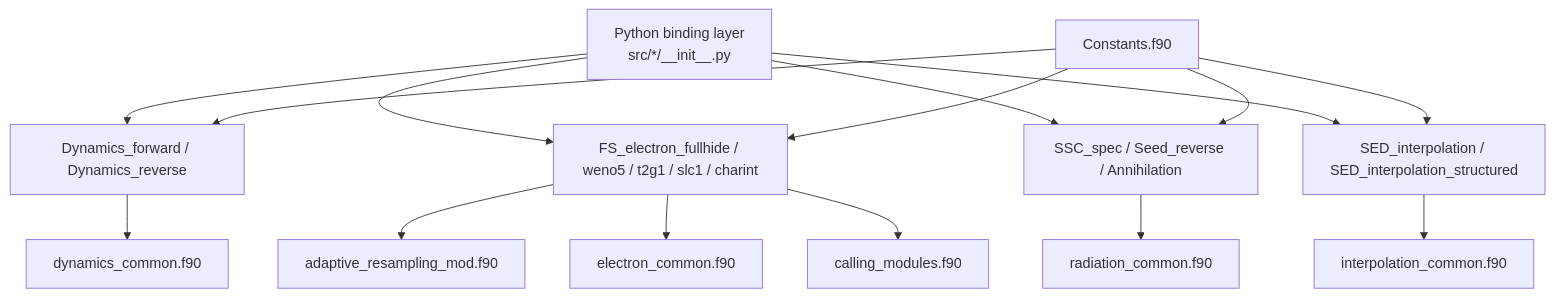
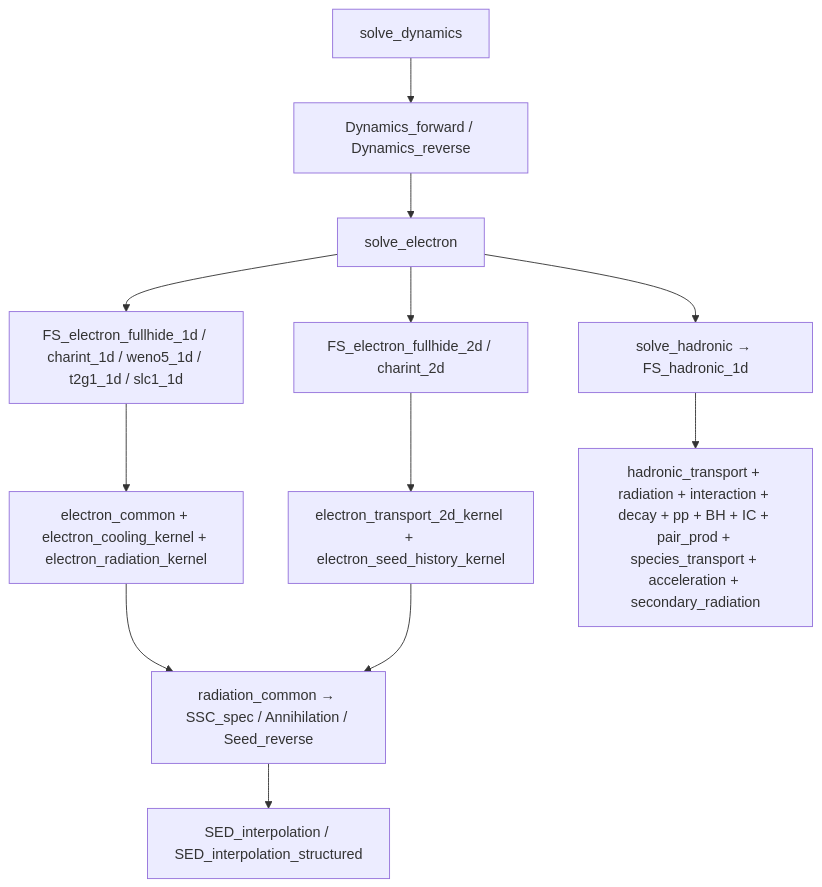
One commit to mikuru1096/ASGARD_GRBAfterglow changed the second of 2 diagrams in doc/call_chain.md. Above: the diagram before and after it, drawn with Mermaid. The commit also changed other lines of this file and 45 other files, not shown here.

````diff
--- a/doc/call_chain.md
+++ b/doc/call_chain.md
@@ -75,19 +29,14 @@
 ```mermaid
 flowchart TD
-    A["Python binding layer\nsrc/*/__init__.py"] --> B["Dynamics_forward / Dynamics_reverse"]
-    A --> C["FS_electron_fullhide / weno5 / t2g1 / slc1 / charint"]
-    A --> D["SSC_spec / Seed_reverse / Annihilation"]
-    A --> E["SED_interpolation / SED_interpolation_structured"]
-
-    B --> B1["dynamics_common.f90"]
-    C --> C1["adaptive_resampling_mod.f90"]
-    C --> C2["electron_common.f90"]
-    C --> C3["calling_modules.f90"]
-    D --> D1["radiation_common.f90"]
-    E --> E1["interpolation_common.f90"]
-
-    F["Constants.f90"] --> B
-    F --> C
-    F --> D
-    F --> E
+    A["solve_dynamics"] --> B["Dynamics_forward / Dynamics_reverse"]
+    B --> C["solve_electron"]
+    C --> D["FS_electron_fullhide_1d / charint_1d / weno5_1d / t2g1_1d / slc1_1d"]
+    C --> E["FS_electron_fullhide_2d / charint_2d"]
+    D --> F["electron_common + electron_cooling_kernel + electron_radiation_kernel"]
+    E --> G["electron_transport_2d_kernel + electron_seed_history_kernel"]
+    F --> H["radiation_common → SSC_spec / Annihilation / Seed_reverse"]
+    G --> H
+    H --> I["SED_interpolation / SED_interpolation_structured"]
+    C --> J["solve_hadronic → FS_hadronic_1d"]
+    J --> K["hadronic_transport + radiation + interaction + decay + pp + BH + IC + pair_prod + species_transport + acceleration + secondary_radiation"]
 ```
````
